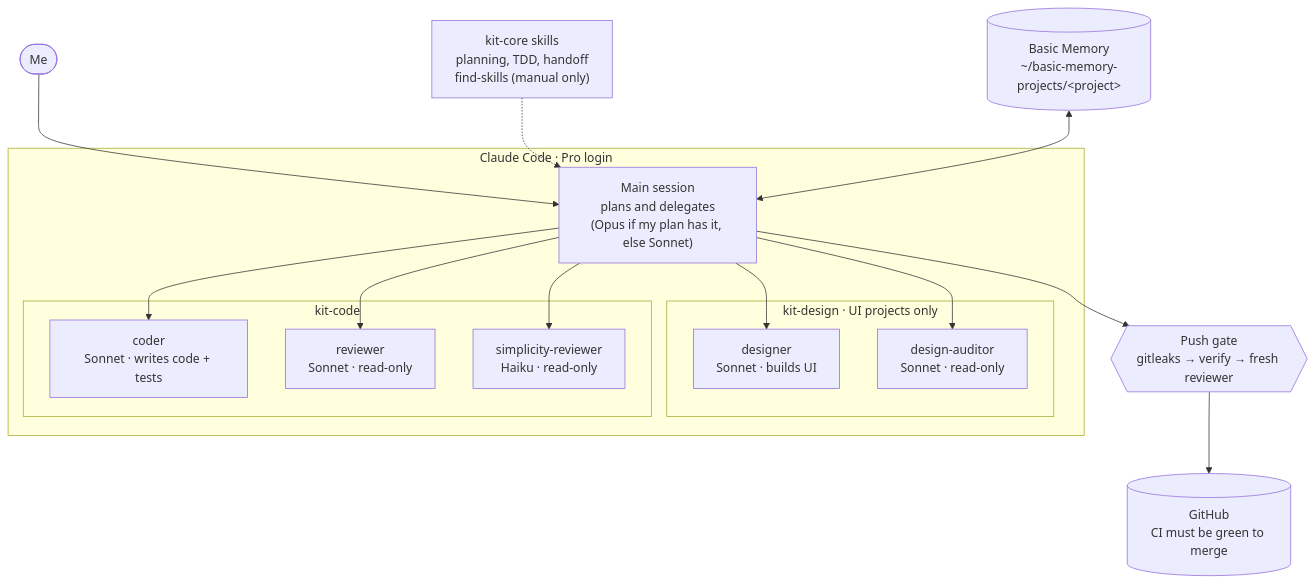
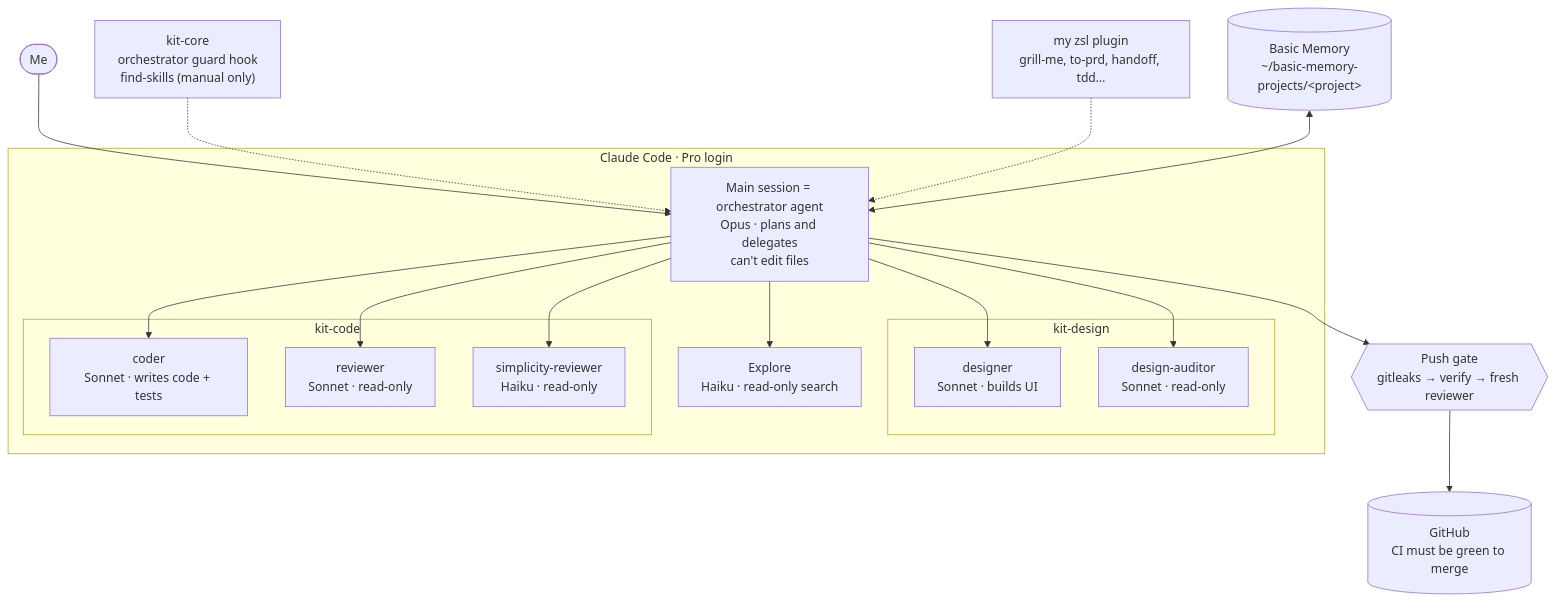
Before and after one commit to milosanokklis-debug/new_ai_setup: the first of 6 diagrams in README.md, drawn with Mermaid. The commit also changed other lines of this file and 9 other files, not shown here.

First line of the commit message:
agent-kit 0.3.0: orchestrator main session, all packs by default, zsl planning

````diff
--- a/README.md
+++ b/README.md
@@ -16,26 +16,28 @@
 ```mermaid
 flowchart TB
     me([Me]) --> main
 
     subgraph CC["Claude Code · Pro login"]
-        main["Main session<br/>plans and delegates<br/>(Opus if my plan has it, else Sonnet)"]
+        main["Main session = orchestrator agent<br/>Opus · plans and delegates<br/>can't edit files"]
 
-        subgraph design["kit-design · UI projects only"]
+        subgraph design["kit-design"]
             designer["designer<br/>Sonnet · builds UI"]
             auditor["design-auditor<br/>Sonnet · read-only"]
         end
 
         subgraph code["kit-code"]
             coder["coder<br/>Sonnet · writes code + tests"]
             reviewer["reviewer<br/>Sonnet · read-only"]
             simple["simplicity-reviewer<br/>Haiku · read-only"]
         end
 
-        main --> designer & auditor & coder & reviewer & simple
+        explore["Explore<br/>Haiku · read-only search"]
+        main --> designer & auditor & coder & reviewer & simple & explore
     end
 
-    core["kit-core skills<br/>planning, TDD, handoff<br/>find-skills (manual only)"] -.-> main
+    core["kit-core<br/>orchestrator guard hook<br/>find-skills (manual only)"] -.-> main
+    zsl["my zsl plugin<br/>grill-me, to-prd, handoff, tdd…"] -.-> main
     bm[("Basic Memory<br/>~/basic-memory-projects/&lt;project&gt;")] <--> main
     main --> gate{{"Push gate<br/>gitleaks → verify → fresh reviewer"}}
     gate --> gh[("GitHub<br/>CI must be green to merge")]
 ```
````
